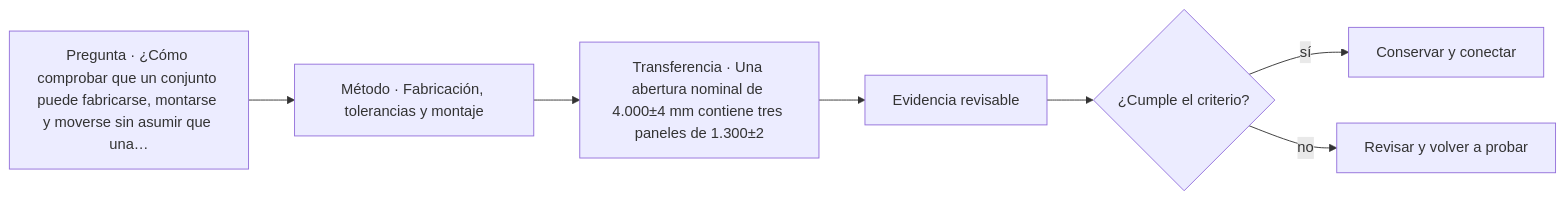
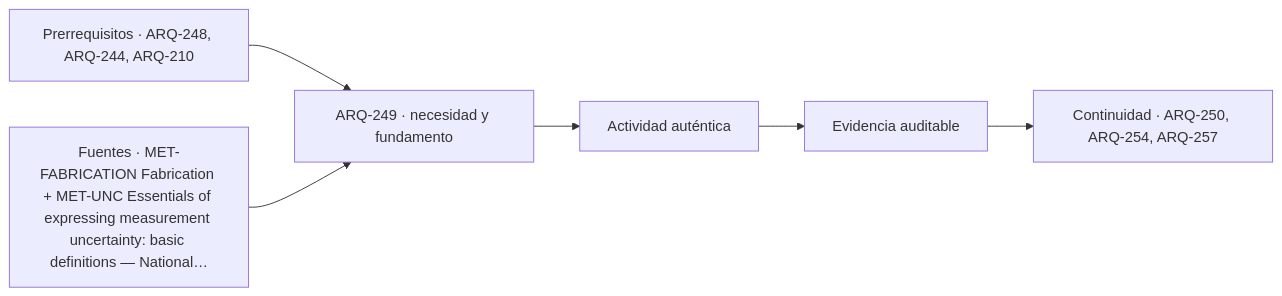
Before and after one commit to vladimiracunadev-create/architecture-built-environment-learning-program: the diagram in classes/parte-25/ARQ-249.md, drawn with Mermaid. The commit also changed other lines of this file and 761 other files, not shown here.

````diff
--- a/classes/parte-25/ARQ-249.md
+++ b/classes/parte-25/ARQ-249.md
@@ -124,9 +136,8 @@
 ```mermaid
 flowchart LR
-    Q["Pregunta · ¿Cómo comprobar que un conjunto puede fabricarse, montarse y moverse sin asumir que una…"] --> M["Método · Fabricación, tolerancias y montaje"]
-    M --> P["Transferencia · Una abertura nominal de 4.000±4 mm contiene tres paneles de 1.300±2"]
-    P --> E["Evidencia revisable"]
-    E --> C{"¿Cumple el criterio?"}
-    C -->|sí| T["Conservar y conectar"]
-    C -->|no| R["Revisar y volver a probar"]
+    A["Prerrequisitos · ARQ-248, ARQ-244, ARQ-210"] --> B["ARQ-249 · necesidad y fundamento"]
+    S["Fuentes · MET-FABRICATION Fabrication + MET-UNC Essentials of expressing measurement uncertainty: basic definitions — National…"] --> B
+    B --> C["Actividad auténtica"]
+    C --> D["Evidencia auditable"]
+    D --> E["Continuidad · ARQ-250, ARQ-254, ARQ-257"]
 ```
````
